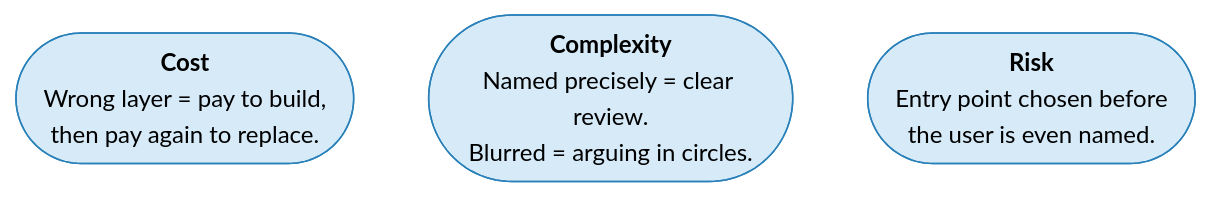
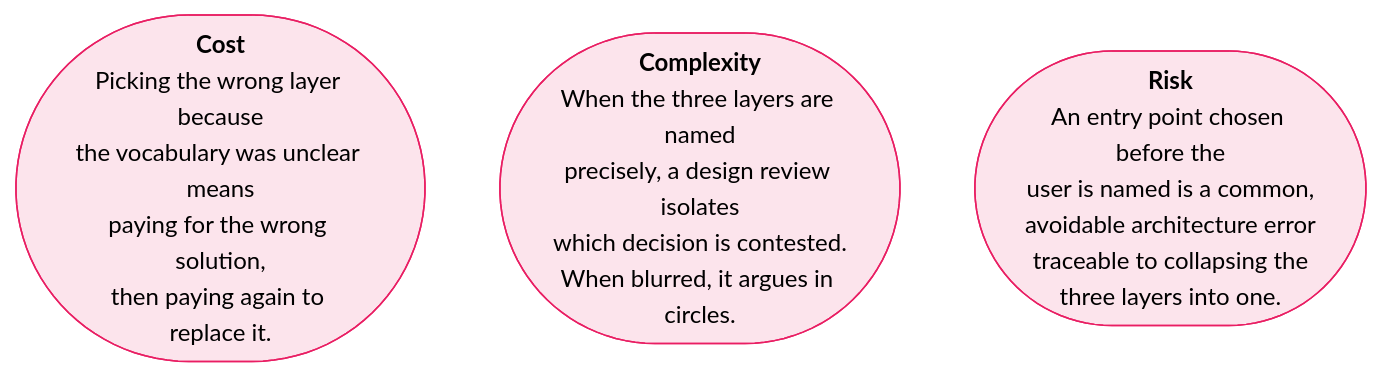
The second of 6 diagrams in Professional/01-Claude-Platform-and-Solution-Design/02-Platform-Map-and-Primitives.md (shreyabaid007/Claude-Certified-Architect), drawn with Mermaid before and after one commit. The commit also changed other lines of this file and 1 other file, not shown here.

Commit message:
Restore full Cost/Complexity/Risk content with pink horizontal cards
Full original content restored in pink pill-shaped cards arranged
horizontally via flowchart LR. Pink color makes these sections
visually distinct from yellow concepts and green actions.

````diff
--- a/Professional/01-Claude-Platform-and-Solution-Design/02-Platform-Map-and-Primitives.md
+++ b/Professional/01-Claude-Platform-and-Solution-Design/02-Platform-Map-and-Primitives.md
@@ -55,10 +55,10 @@
 ```mermaid
 flowchart LR
-    classDef risk fill:#d6eaf8,stroke:#2980b9,color:#000
+    classDef risk fill:#fce4ec,stroke:#e91e63,color:#000
 
-    C(["<b>Cost</b><br/>Wrong layer = pay to build,<br/>then pay again to replace."]):::risk
-    X(["<b>Complexity</b><br/>Named precisely = clear review.<br/>Blurred = arguing in circles."]):::risk
-    R(["<b>Risk</b><br/>Entry point chosen before<br/>the user is even named."]):::risk
+    C(["<b>Cost</b><br/>Picking the wrong layer because<br/>the vocabulary was unclear means<br/>paying for the wrong solution,<br/>then paying again to replace it."]):::risk
+    X(["<b>Complexity</b><br/>When the three layers are named<br/>precisely, a design review isolates<br/>which decision is contested.<br/>When blurred, it argues in circles."]):::risk
+    R(["<b>Risk</b><br/>An entry point chosen before the<br/>user is named is a common,<br/>avoidable architecture error<br/>traceable to collapsing the<br/>three layers into one."]):::risk
 
     C ~~~ X ~~~ R
 ```
````
